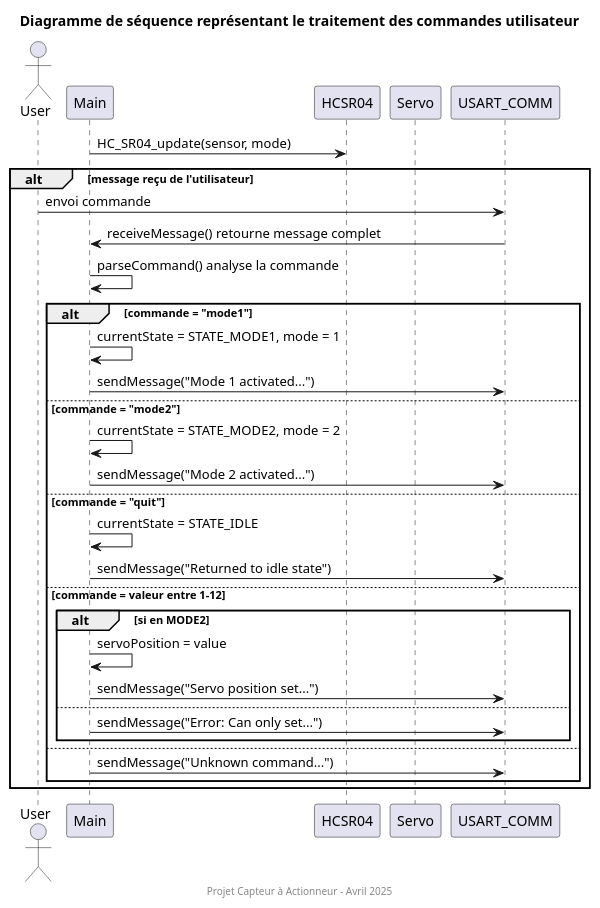
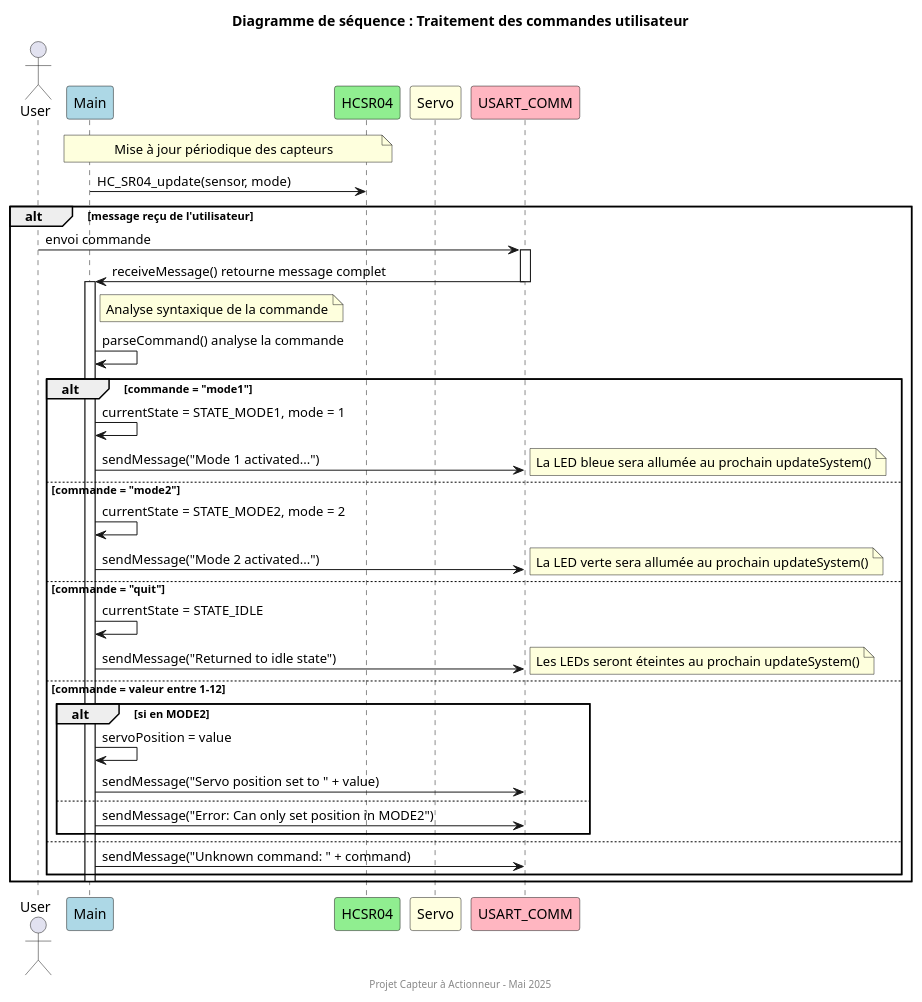
The diagram in doc-README/DS-CommandProcessing.puml (AzTaiiyoo/Capteur_actionneur), drawn with PlantUML before and after one commit. The commit also changed 16 other files, not shown here.

```diff
--- a/doc-README/DS-CommandProcessing.puml
+++ b/doc-README/DS-CommandProcessing.puml
@@ -1,42 +1,54 @@
 @startuml
-' Participants (modules)
+' Participants (modules) avec descriptions plus précises
 actor "User" as User
-participant "Main" as Main
-participant "HCSR04" as HCSR04
-participant "Servo" as Servo
-participant "USART_COMM" as USART
+participant "Main" as Main #LightBlue
+participant "HCSR04" as HCSR04 #LightGreen
+participant "Servo" as Servo #LightYellow
+participant "USART_COMM" as USART #LightPink
 
-' Mise à jour initiale
+' Titre en haut pour meilleure lisibilité
+title Diagramme de séquence : Traitement des commandes utilisateur
+
+' Mise à jour initiale avec une note explicative
+note over Main, HCSR04: Mise à jour périodique des capteurs
 Main -> HCSR04: HC_SR04_update(sensor, mode)
 
 ' Communication série avec l'utilisateur
 alt message reçu de l'utilisateur
   User -> USART: envoi commande
+  activate USART
   USART -> Main: receiveMessage() retourne message complet
+  deactivate USART
+  activate Main
+  
+  note right of Main: Analyse syntaxique de la commande
   Main -> Main: parseCommand() analyse la commande
   
   alt commande = "mode1"
     Main -> Main: currentState = STATE_MODE1, mode = 1
     Main -> USART: sendMessage("Mode 1 activated...")
+    note right: La LED bleue sera allumée au prochain updateSystem()
   else commande = "mode2"
     Main -> Main: currentState = STATE_MODE2, mode = 2
     Main -> USART: sendMessage("Mode 2 activated...")
+    note right: La LED verte sera allumée au prochain updateSystem()
   else commande = "quit"
     Main -> Main: currentState = STATE_IDLE
     Main -> USART: sendMessage("Returned to idle state")
+    note right: Les LEDs seront éteintes au prochain updateSystem()
   else commande = valeur entre 1-12
     alt si en MODE2
       Main -> Main: servoPosition = value
-      Main -> USART: sendMessage("Servo position set...")
+      Main -> USART: sendMessage("Servo position set to " + value)
     else
-      Main -> USART: sendMessage("Error: Can only set...")
+      Main -> USART: sendMessage("Error: Can only set position in MODE2")
     end
   else
-    Main -> USART: sendMessage("Unknown command...")
+    Main -> USART: sendMessage("Unknown command: " + command)
   end
+  deactivate Main
 end
 
-title Diagramme de séquence représentant le traitement des commandes utilisateur
-footer Projet Capteur à Actionneur – Avril 2025
+footer Projet Capteur à Actionneur – Mai 2025
 
 @enduml
```
